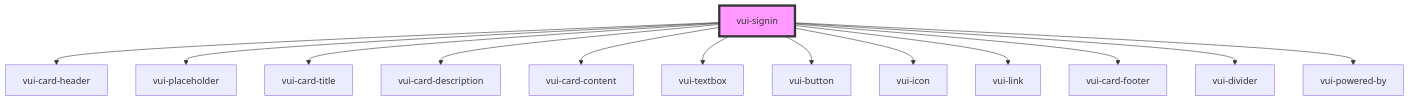
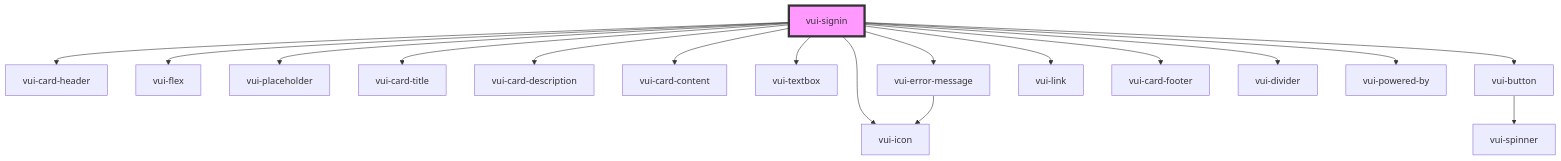
The diagram in packages/stencil-library/src/components/signin/readme.md (verite-team/verite-elements), drawn with Mermaid before and after one commit. The commit also changed other lines of this file and 28 other files, not shown here.

````diff
--- a/packages/stencil-library/src/components/signin/readme.md
+++ b/packages/stencil-library/src/components/signin/readme.md
@@ -49,16 +54,20 @@
 ```mermaid
 graph TD;
   vui-signin --> vui-card-header
+  vui-signin --> vui-flex
   vui-signin --> vui-placeholder
   vui-signin --> vui-card-title
   vui-signin --> vui-card-description
   vui-signin --> vui-card-content
   vui-signin --> vui-textbox
+  vui-signin --> vui-error-message
   vui-signin --> vui-button
   vui-signin --> vui-icon
   vui-signin --> vui-link
   vui-signin --> vui-card-footer
   vui-signin --> vui-divider
   vui-signin --> vui-powered-by
+  vui-error-message --> vui-icon
+  vui-button --> vui-spinner
   style vui-signin fill:#f9f,stroke:#333,stroke-width:4px
 ```
````
